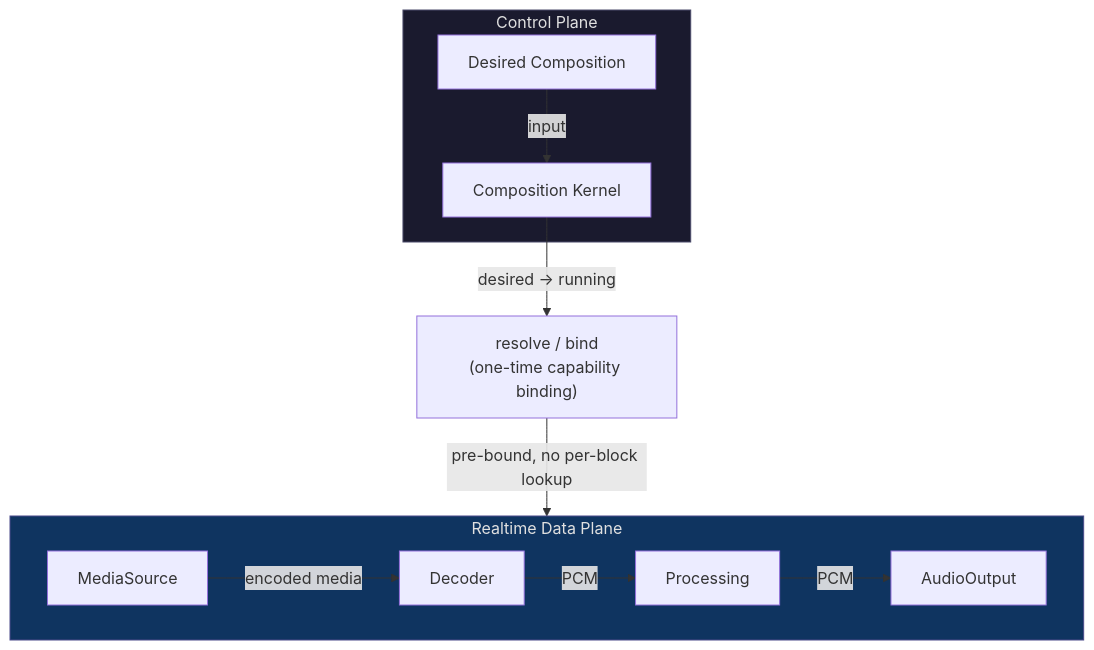
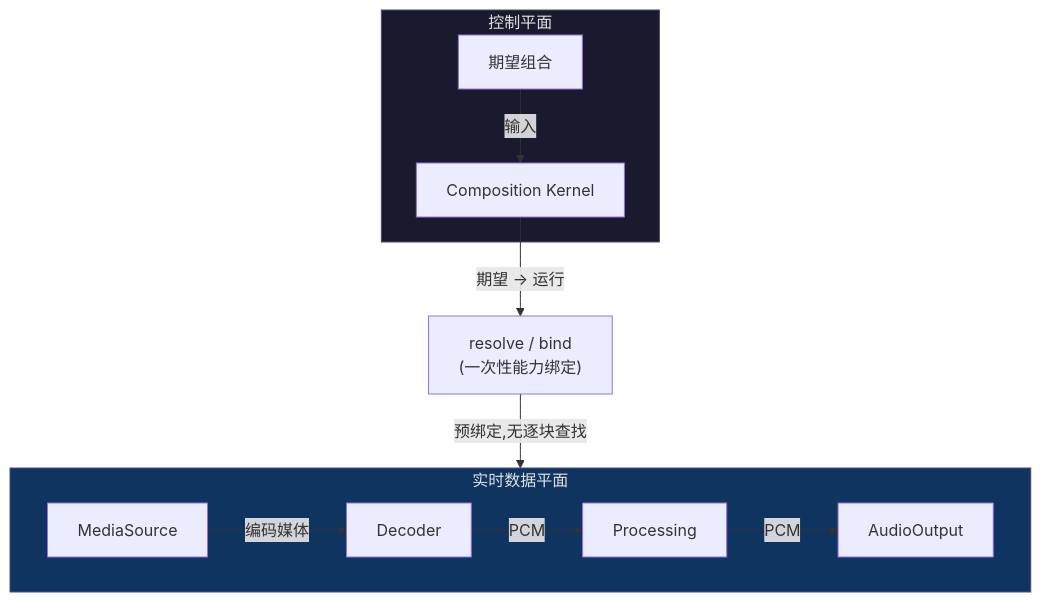
One commit to jnhu76/qianqian changed the second of 2 diagrams in website/architecture/index.md. Above: the diagram before and after it, drawn with Mermaid. The commit also changed other lines of this file and 22 other files, not shown here.

````diff
--- a/website/architecture/index.md
+++ b/website/architecture/index.md
@@ -110,24 +110,24 @@
 ```mermaid
 flowchart TB
-    subgraph CP["Control Plane"]
-        DC["Desired Composition"]
+    subgraph CP["控制平面"]
+        DC["期望组合"]
         CK2["Composition Kernel"]
-        DC -->|"input"| CK2
+        DC -->|"输入"| CK2
     end
 
-    BIND["resolve / bind<br/>(one-time capability binding)"]
+    BIND["resolve / bind<br/>(一次性能力绑定)"]
 
-    CK2 -->|"desired → running"| BIND
+    CK2 -->|"期望 → 运行"| BIND
 
-    subgraph DP["Realtime Data Plane"]
+    subgraph DP["实时数据平面"]
         direction LR
-        MS2["MediaSource"] -->|"encoded media"| DEC2["Decoder"]
+        MS2["MediaSource"] -->|"编码媒体"| DEC2["Decoder"]
         DEC2 -->|"PCM"| PROC2["Processing"]
         PROC2 -->|"PCM"| AOUT2["AudioOutput"]
     end
 
-    BIND -->|"pre-bound, no per-block lookup"| DP
+    BIND -->|"预绑定,无逐块查找"| DP
 
     style CP fill:#1a1a2e,stroke:#4a4a6a,color:#e0e0e0
     style DP fill:#0f3460,stroke:#4a4a8a,color:#e0e0e0
 ```
````
